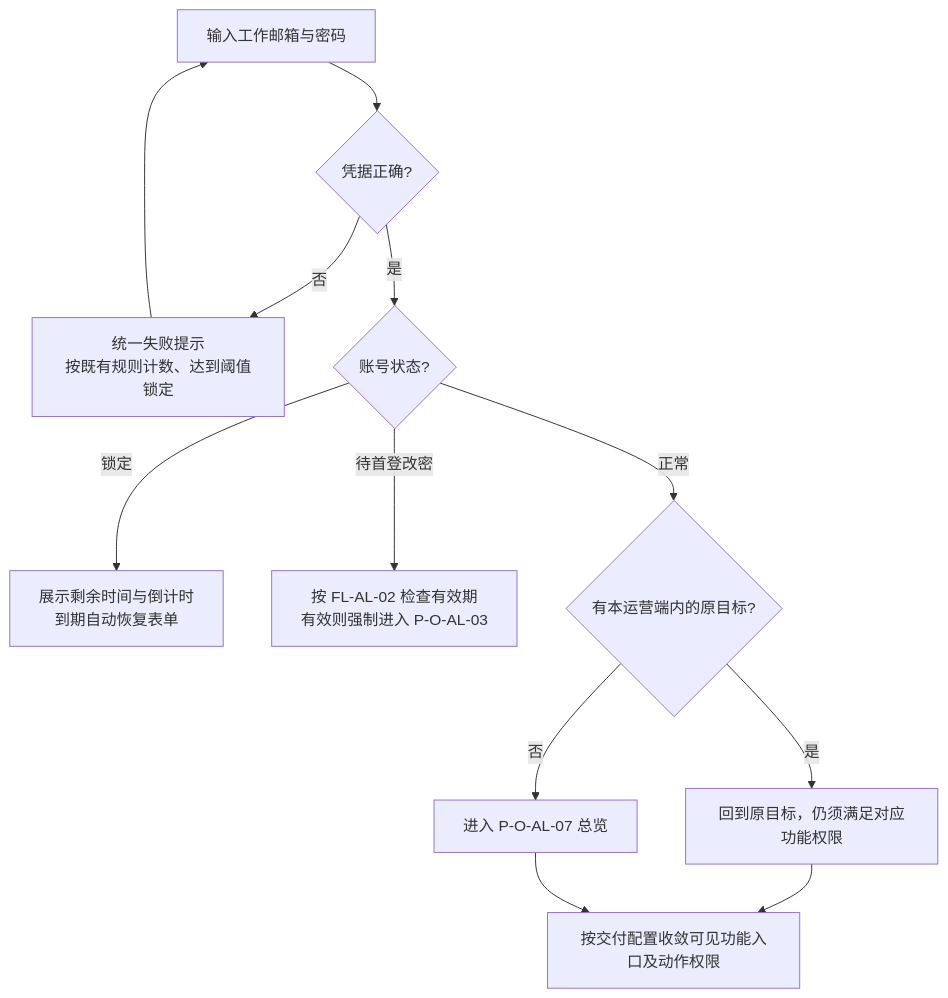
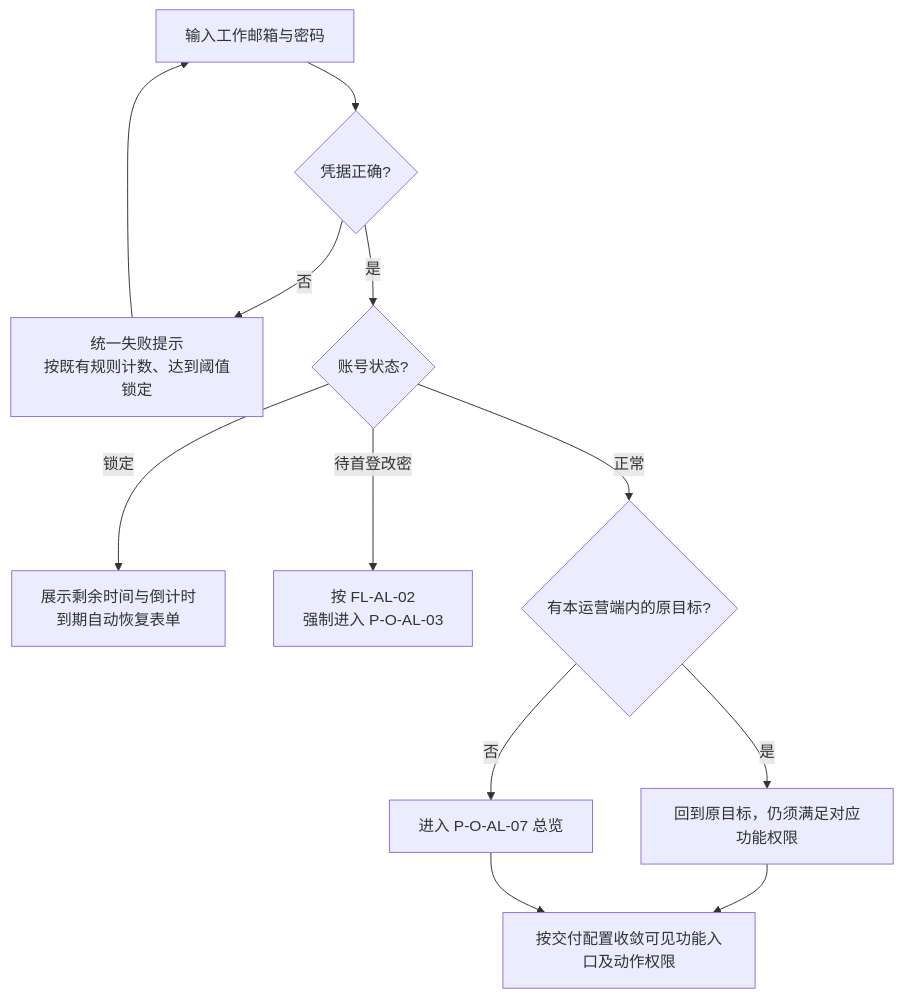
Before and after one commit to wxblockchain/Chain-Financing: the second of 10 diagrams in lending-platform/PRD/运营端/01-运营端账户与登录/02-运营端账户与登录-流程图与状态机.md, drawn with Mermaid. The commit also changed other lines of this file and 11 other files, not shown here.

````diff
--- a/lending-platform/PRD/运营端/01-运营端账户与登录/02-运营端账户与登录-流程图与状态机.md
+++ b/lending-platform/PRD/运营端/01-运营端账户与登录/02-运营端账户与登录-流程图与状态机.md
@@ -43,14 +41,14 @@
 ```mermaid
 flowchart TD
     A["输入工作邮箱与密码"] --> B{"凭据正确?"}
     B -->|否| C["统一失败提示<br/>按既有规则计数、达到阈值锁定"]
     C --> A
     B -->|是| D{"账号状态?"}
     D -->|锁定| E["展示剩余时间与倒计时<br/>到期自动恢复表单"]
-    D -->|待首登改密| F["按 FL-AL-02 检查有效期<br/>有效则强制进入 P-O-AL-03"]
+    D -->|待首登改密| F["按 FL-AL-02<br/>强制进入 P-O-AL-03"]
     D -->|正常| G{"有本运营端内的原目标?"}
     G -->|是| H["回到原目标，仍须满足对应功能权限"]
     G -->|否| I["进入 P-O-AL-07 总览"]
     H --> J["按交付配置收敛可见功能入口及动作权限"]
     I --> J
 ```
````
